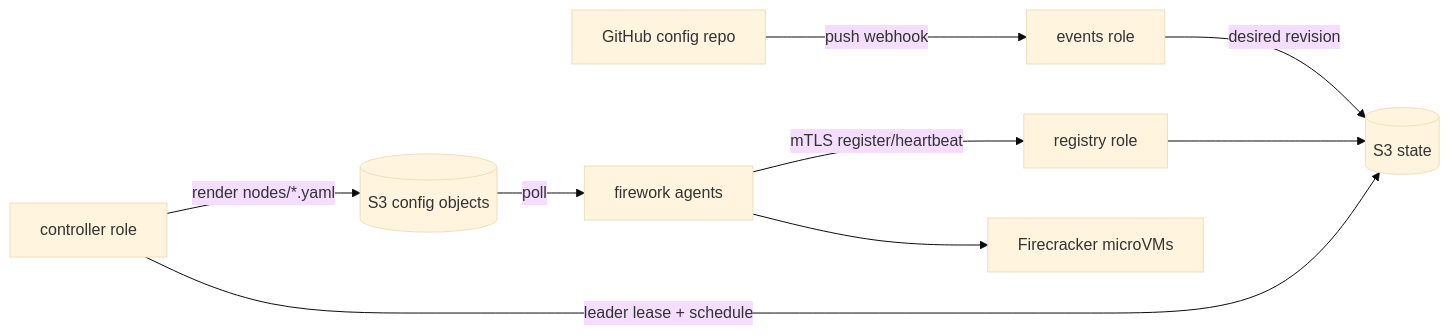
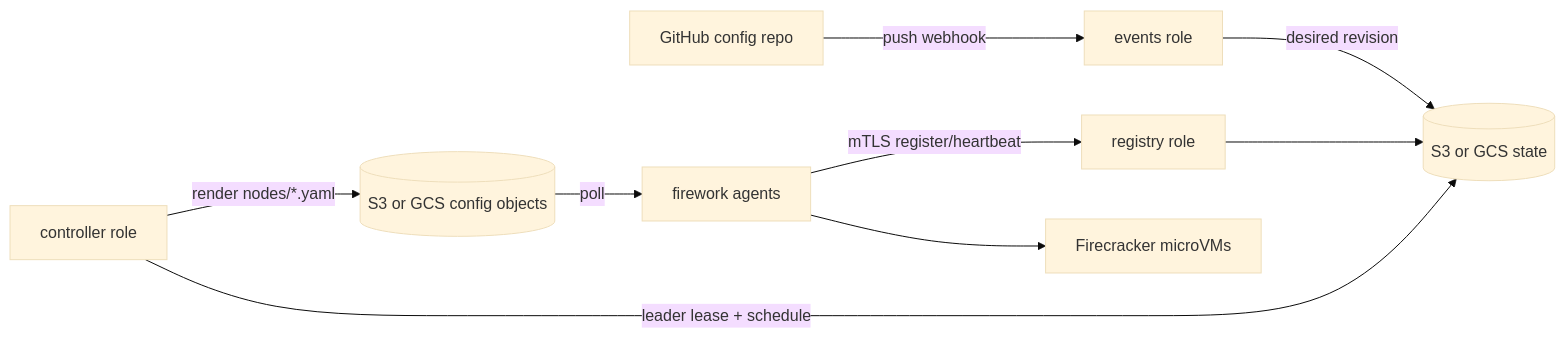
One commit to artemnikitin/firework changed the diagram in docs/architecture/README.md. Above: the diagram before and after it, drawn with Mermaid (base theme). The commit also changed other lines of this file and 6 other files, not shown here.

````diff
--- a/docs/architecture/README.md
+++ b/docs/architecture/README.md
@@ -38,11 +40,11 @@
 ```mermaid
 flowchart LR
   GH[GitHub config repo] -->|push webhook| EV[events role]
-  EV -->|desired revision| S3[(S3 state)]
+  EV -->|desired revision| STATE[(S3 or GCS state)]
   AGENTS[firework agents] -->|mTLS register/heartbeat| REG[registry role]
-  REG --> S3
-  CTRL[controller role] -->|leader lease + schedule| S3
-  CTRL -->|render nodes/*.yaml| CFG[(S3 config objects)]
+  REG --> STATE
+  CTRL[controller role] -->|leader lease + schedule| STATE
+  CTRL -->|render nodes/*.yaml| CFG[(S3 or GCS config objects)]
   CFG -->|poll| AGENTS
   AGENTS --> FC[Firecracker microVMs]
 ```
````
